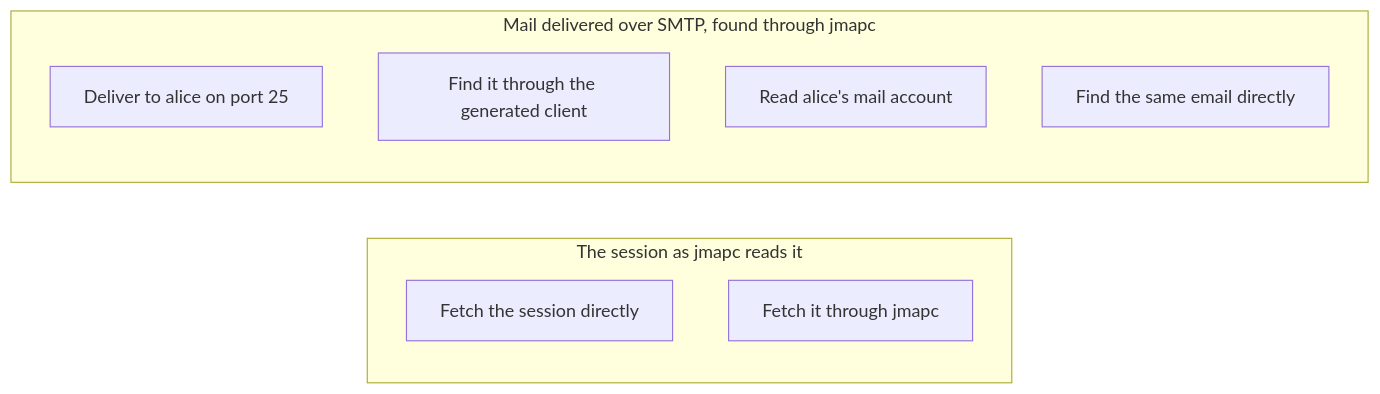
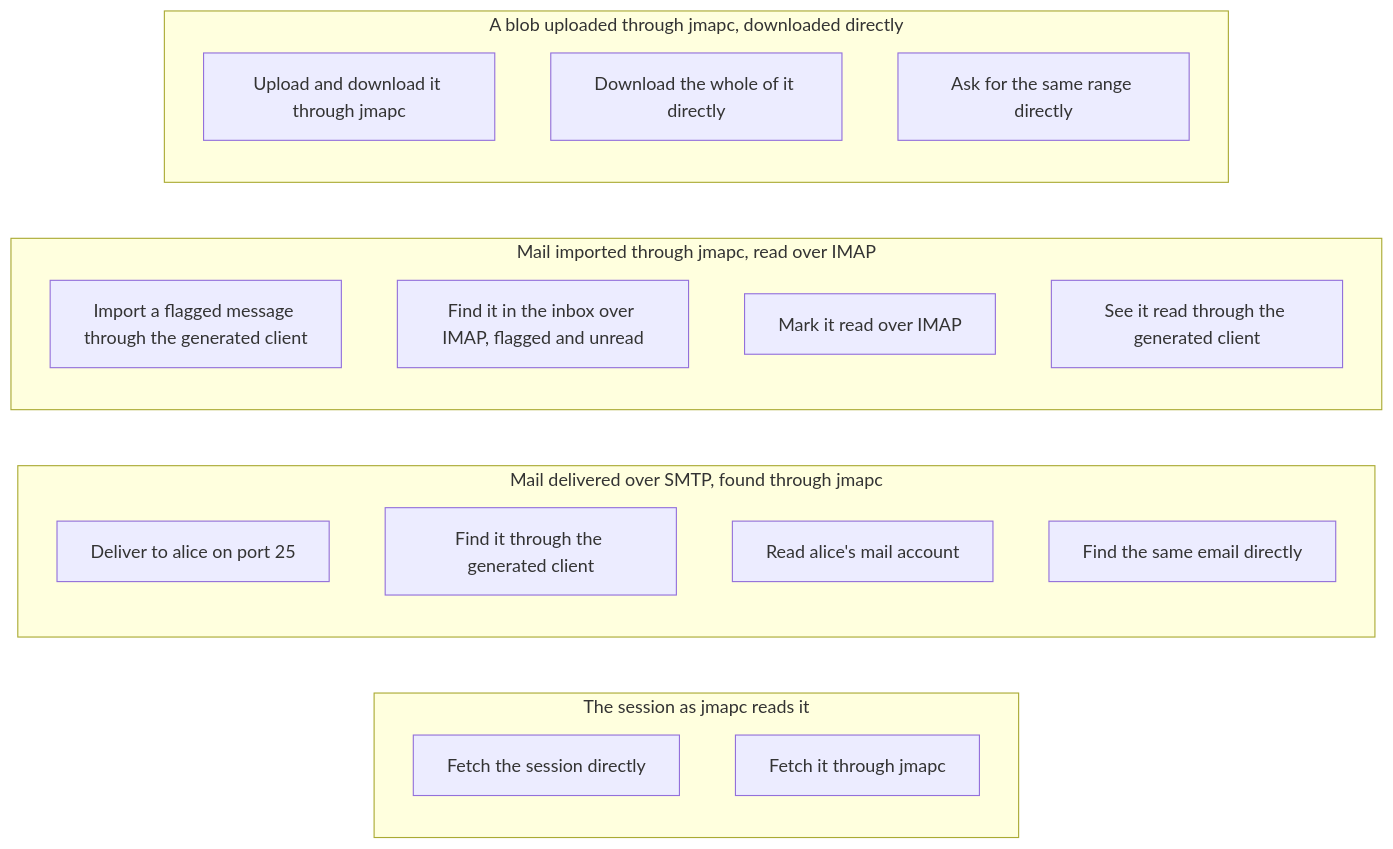
Before and after one commit to linyows/jmapc: the second of 2 diagrams in docs/content/en/contributing.md, drawn with Mermaid. The commit also changed other lines of this file and 12 other files, not shown here.

First line of the commit message:
Check mail over IMAP and blobs over HTTP in the e2e tests

````diff
--- a/docs/content/en/contributing.md
+++ b/docs/content/en/contributing.md
@@ -65,13 +68,24 @@
 ```mermaid
 flowchart LR
     subgraph job_0["The session as jmapc reads it"]
         job_0_step0["Fetch the session directly"]
         job_0_step1["Fetch it through jmapc"]
     end
     subgraph job_1["Mail delivered over SMTP, found through jmapc"]
         job_1_step0["Deliver to alice on port 25"]
         job_1_step1["Find it through the generated client"]
         job_1_step2["Read alice's mail account"]
         job_1_step3["Find the same email directly"]
     end
+    subgraph job_2["Mail imported through jmapc, read over IMAP"]
+        job_2_step0["Import a flagged message through the generated client"]
+        job_2_step1["Find it in the inbox over IMAP, flagged and unread"]
+        job_2_step2["Mark it read over IMAP"]
+        job_2_step3["See it read through the generated client"]
+    end
+    subgraph job_3["A blob uploaded through jmapc, downloaded directly"]
+        job_3_step0["Upload and download it through jmapc"]
+        job_3_step1["Download the whole of it directly"]
+        job_3_step2["Ask for the same range directly"]
+    end
 ```
````
